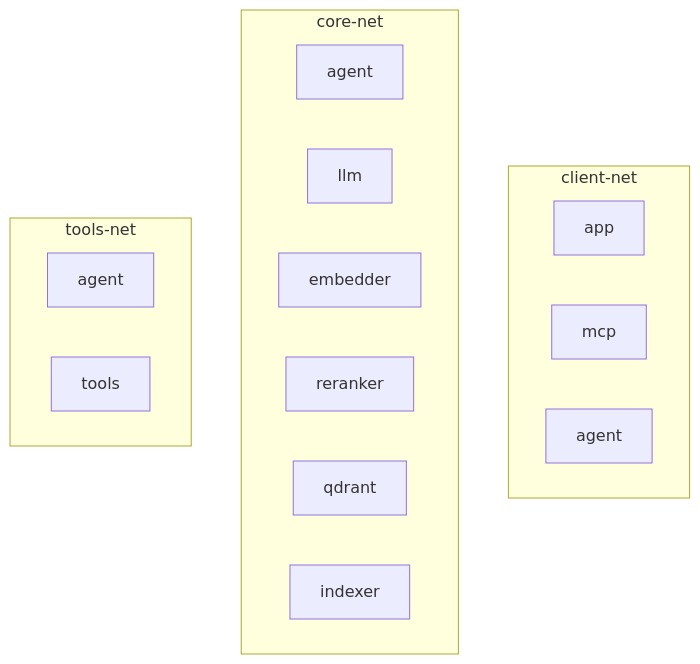
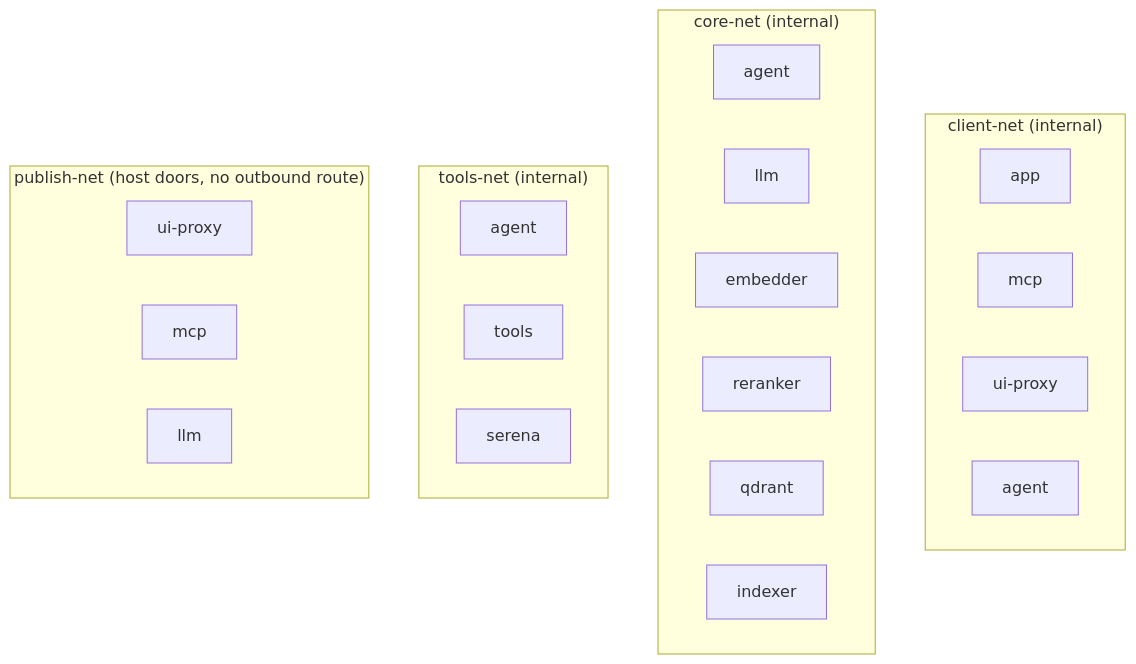
The diagram in docs/architecture/networking.md (SPluszkiewicz/pumba), drawn with Mermaid before and after one commit. The commit also changed other lines of this file and 197 other files, not shown here.

First line of the commit message:
Route code intelligence through the Serena sidecar.

````diff
--- a/docs/architecture/networking.md
+++ b/docs/architecture/networking.md
@@ -9,20 +13,27 @@
 ```mermaid
 flowchart TB
-  subgraph clientNet ["client-net"]
+  subgraph clientNet ["client-net (internal)"]
     app["app"]
     mcp["mcp"]
+    proxy["ui-proxy"]
     agentClient["agent"]
   end
-  subgraph coreNet ["core-net"]
+  subgraph coreNet ["core-net (internal)"]
     agentCore["agent"]
     llm["llm"]
     embedder["embedder"]
     reranker["reranker"]
     qdrant["qdrant"]
     indexer["indexer"]
   end
-  subgraph toolsNet ["tools-net"]
+  subgraph toolsNet ["tools-net (internal)"]
     agentTools["agent"]
     tools["tools"]
+    serena["serena"]
+  end
+  subgraph publishNet ["publish-net (host doors, no outbound route)"]
+    pProxy["ui-proxy"]
+    pMcp["mcp"]
+    pLlm["llm"]
   end
 ```
````
